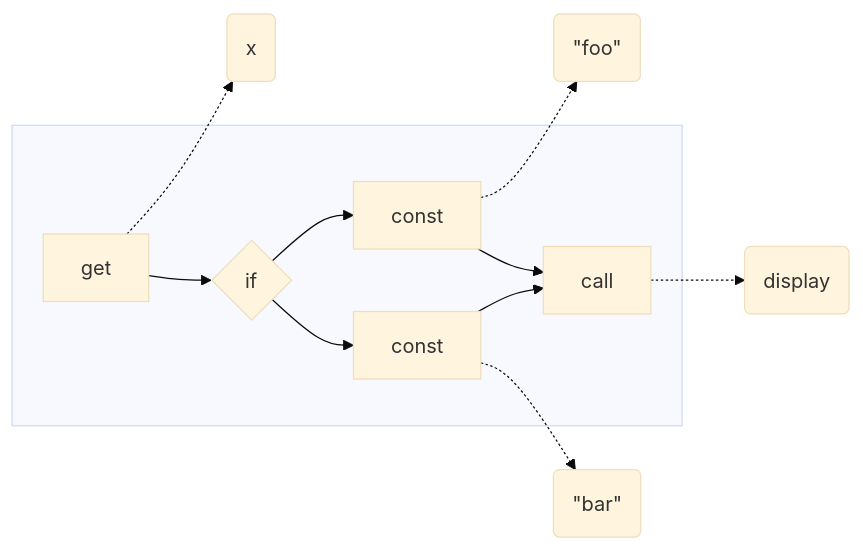
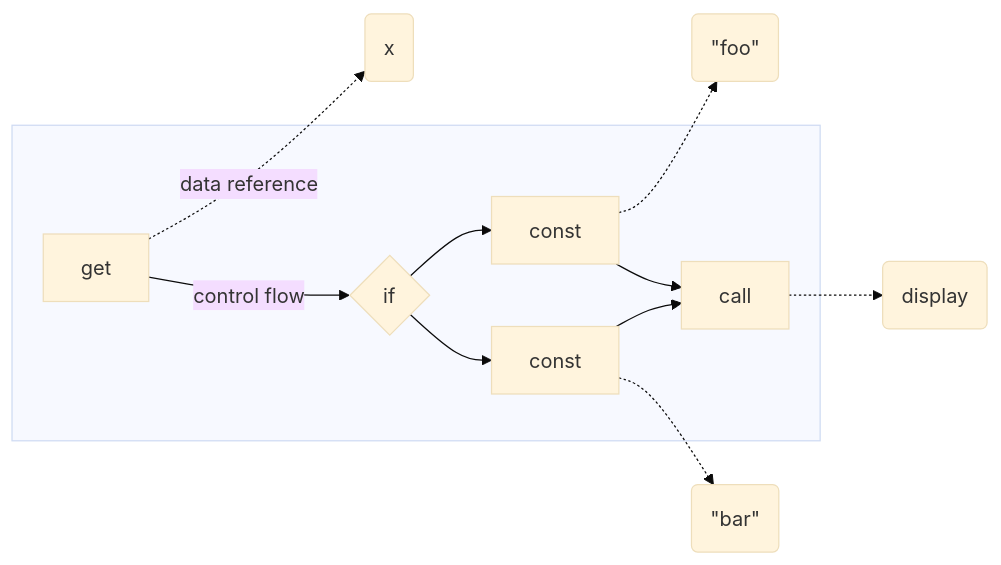
The diagram in slides/papers/stak-scheme/if-instruction.mmd (raviqqe/doc), drawn with Mermaid (base theme) before and after one commit.

```diff
--- a/slides/papers/stak-scheme/if-instruction.mmd
+++ b/slides/papers/stak-scheme/if-instruction.mmd
@@ -1,10 +1,10 @@
 flowchart LR
-  c0 -.-> d0(x)
+  c0 -.->|data reference| d0(x)
   c2 -.-> d1(#quot;foo#quot;)
   c4 -.-> d3(display)
 
   subgraph s[ ]
-    c0[get] --> c1{if} --> c2[const] & c3[const] --> c4[call]
+    c0[get] -->|control flow| c1{if} --> c2[const] & c3[const] --> c4[call]
   end
 
   c3 -.-> d2(#quot;bar#quot;)
```
